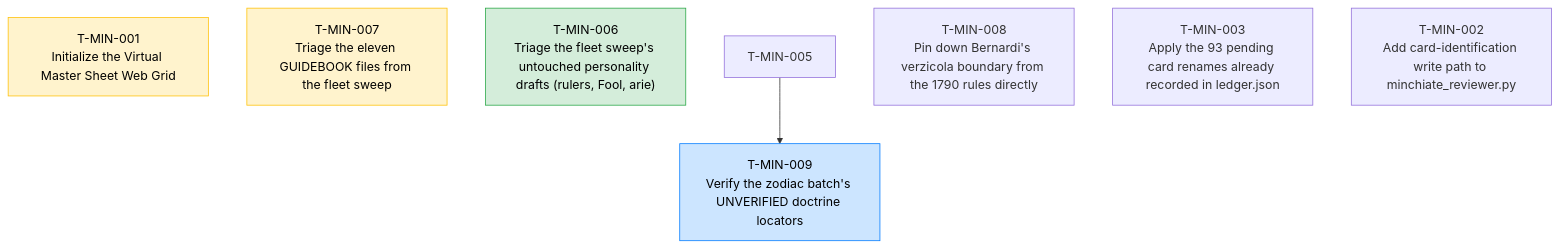
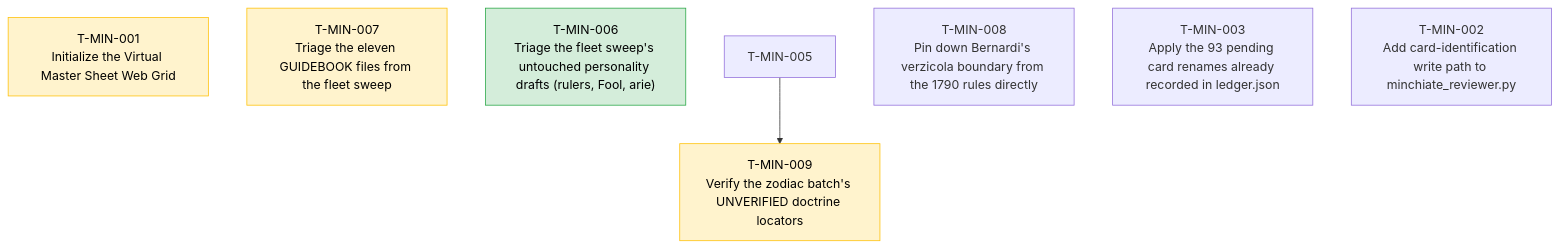
The diagram in TASKS.md (wgmilleriii/task_coordinator), drawn with Mermaid before and after one commit. The commit also changed other lines of this file and 2 other files, not shown here.

Commit message:
T-MIN-009: verified and submitted for peer review (head f8bb1b8, branch test-T-MIN-009)

````diff
--- a/TASKS.md
+++ b/TASKS.md
@@ -7,15 +7,15 @@
 ```mermaid
 graph TD
     classDef done fill:#d4edda,stroke:#28a745,color:#000;
     classDef blocked fill:#f8d7da,stroke:#dc3545,color:#000;
     classDef review fill:#fff3cd,stroke:#ffc107,color:#000;
     classDef active fill:#cce5ff,stroke:#007bff,color:#000;
     T-MIN-001["T-MIN-001<br/>Initialize the Virtual Master Sheet Web Grid"]:::review
     T-MIN-007["T-MIN-007<br/>Triage the eleven GUIDEBOOK files from the fleet sweep"]:::review
     T-MIN-006["T-MIN-006<br/>Triage the fleet sweep's untouched personality drafts (rulers, Fool, arie)"]:::done
-    T-MIN-009["T-MIN-009<br/>Verify the zodiac batch's UNVERIFIED doctrine locators"]:::active
+    T-MIN-009["T-MIN-009<br/>Verify the zodiac batch's UNVERIFIED doctrine locators"]:::review
     T-MIN-005 --> T-MIN-009
     T-MIN-008["T-MIN-008<br/>Pin down Bernardi's verzicola boundary from the 1790 rules directly"]
     T-MIN-003["T-MIN-003<br/>Apply the 93 pending card renames already recorded in ledger.json"]
     T-MIN-002["T-MIN-002<br/>Add card-identification write path to minchiate_reviewer.py"]
 ```
````
